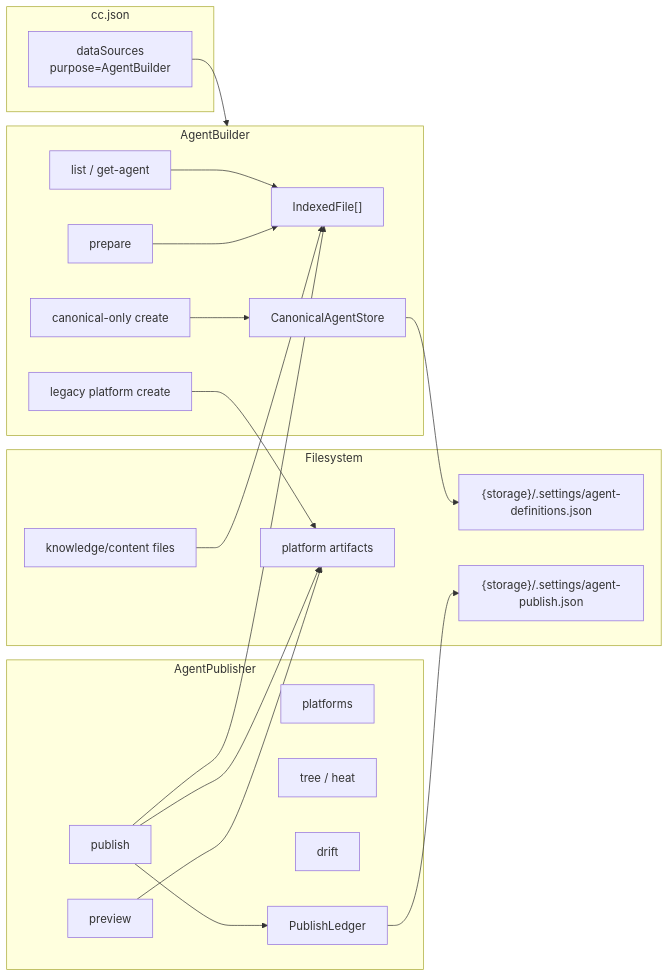
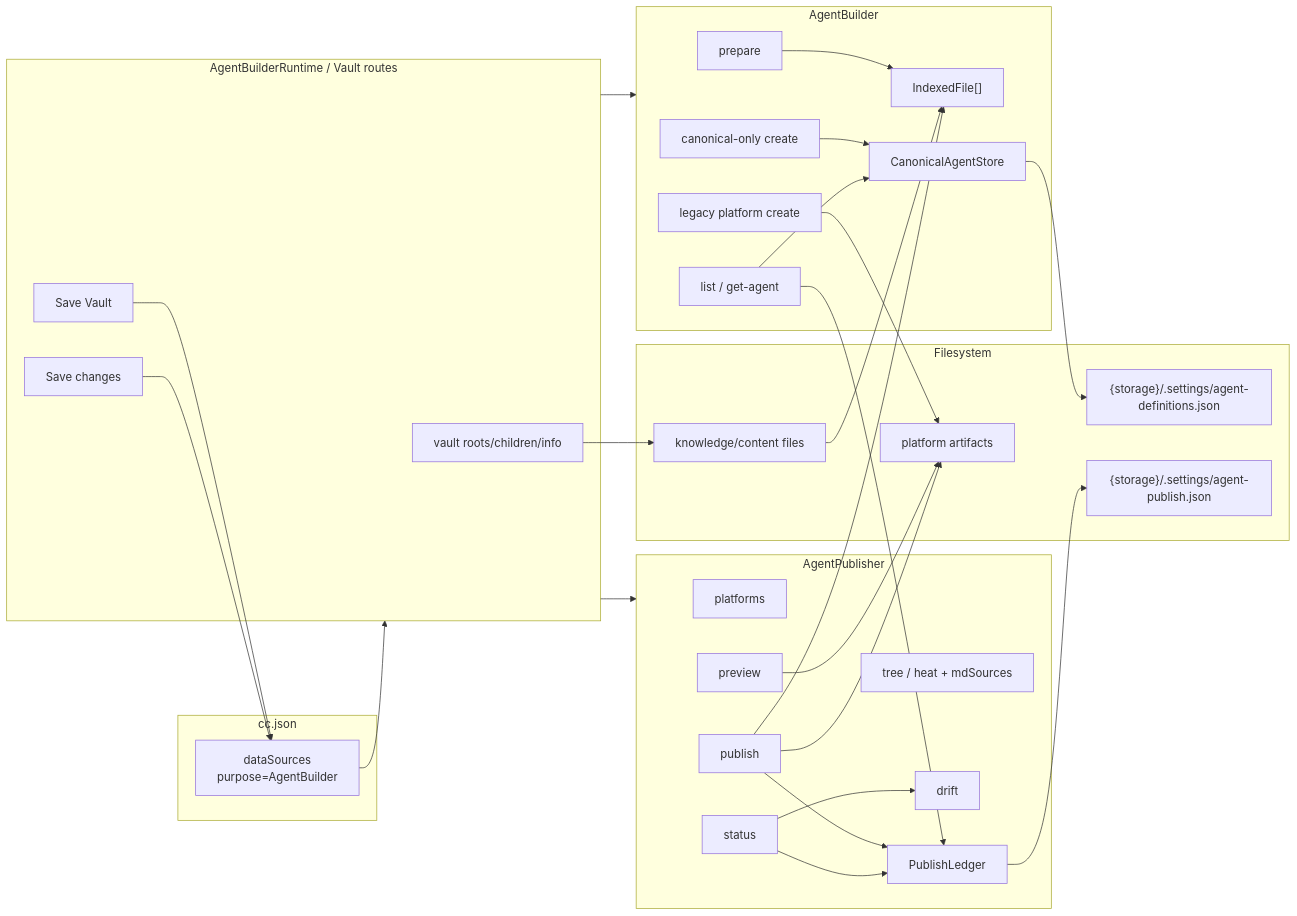
The first of 2 diagrams in server/zz-reach2/architecture/agents/archi-agent-builder.md (Kyliathy/context-core), drawn with Mermaid before and after one commit. The commit also changed other lines of this file and 69 other files, not shown here.

First line of the commit message:
feat(agent-publisher): improve Vault Explorer UX and expand publisher workflow

````diff
--- a/server/zz-reach2/architecture/agents/archi-agent-builder.md
+++ b/server/zz-reach2/architecture/agents/archi-agent-builder.md
@@ -29,42 +32,56 @@
 ```mermaid
 flowchart LR
     subgraph Config["cc.json"]
         DS["dataSources<br/>purpose=AgentBuilder"]
+    end
+
+    subgraph Runtime["AgentBuilderRuntime / Vault routes"]
+        BROWSE["vault roots/children/info"]
+        ADD["Save Vault"]
+        UPDATE["Save changes"]
     end
 
     subgraph Builder["AgentBuilder"]
         IDX["IndexedFile[]"]
         PREP["prepare"]
         SAVE["canonical-only create"]
         LEGACY["legacy platform create"]
         LIST["list / get-agent"]
         STORE["CanonicalAgentStore"]
     end
 
     subgraph Publisher["AgentPublisher"]
         PLAT["platforms"]
-        TREE["tree / heat"]
+        TREE["tree / heat + mdSources"]
         PREVIEW["preview"]
         PUBLISH["publish"]
+        STATUS["status"]
         DRIFT["drift"]
         LEDGER["PublishLedger"]
     end
 
     subgraph Disk["Filesystem"]
         CONTENT["knowledge/content files"]
         CANON["{storage}/.settings/agent-definitions.json"]
         ART["platform artifacts"]
         PUBLEDGER["{storage}/.settings/agent-publish.json"]
     end
 
-    DS --> Builder
+    ADD --> DS
+    UPDATE --> DS
+    BROWSE --> CONTENT
+    DS --> Runtime --> Builder
+    Runtime --> Publisher
     CONTENT --> IDX
     SAVE --> STORE --> CANON
     PREP --> IDX
-    LIST --> IDX
+    LIST --> STORE
+    LIST --> LEDGER
     LEGACY --> ART
     PREVIEW --> ART
     PUBLISH --> ART
     PUBLISH --> LEDGER --> PUBLEDGER
     PUBLISH --> IDX
+    STATUS --> LEDGER
+    STATUS --> DRIFT
 ```
````
